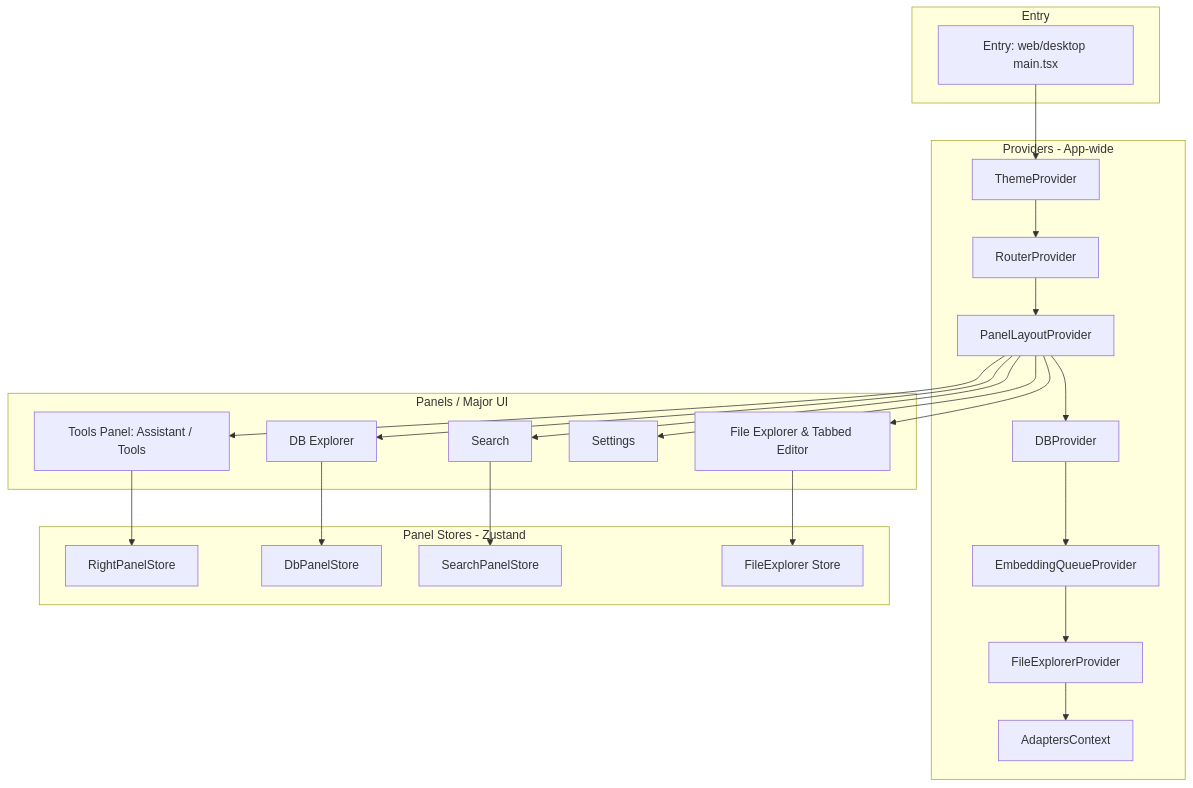
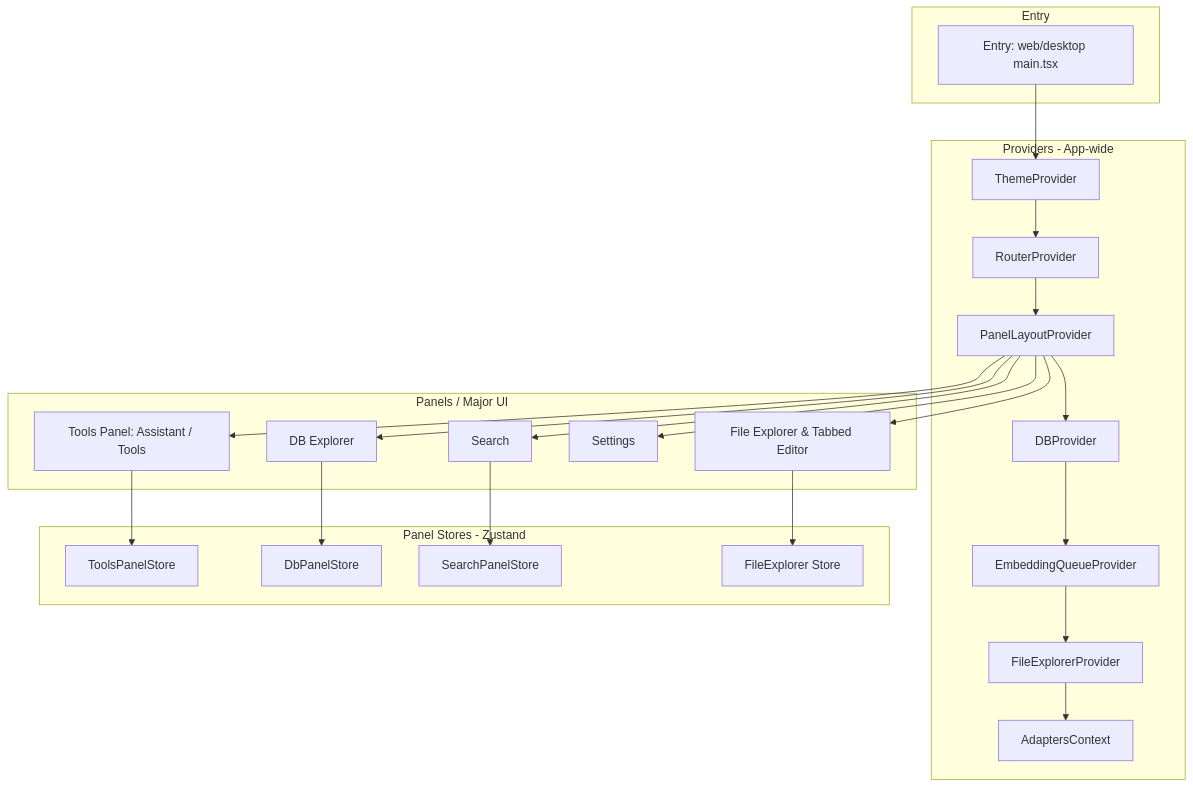
Before and after one commit to seandearnaley/brainstrike: the second of 4 diagrams in docs/brainstrike-frontend-architecture.md, drawn with Mermaid. The commit also changed other lines of this file and 20 other files, not shown here.

Commit message:
BST-25: rename tools panel store

````diff
--- a/docs/brainstrike-frontend-architecture.md
+++ b/docs/brainstrike-frontend-architecture.md
@@ -56,38 +56,38 @@
 ```mermaid
 flowchart TD
   subgraph Entry
     A["Entry: web/desktop main.tsx"]
   end
 
   subgraph Providers["Providers - App-wide"]
     T["ThemeProvider"]
     R["RouterProvider"]
     P["PanelLayoutProvider"]
     DB["DBProvider"]
     VQ["EmbeddingQueueProvider"]
     FE["FileExplorerProvider"]
     AD["AdaptersContext"]
   end
 
   subgraph PanelStores["Panel Stores - Zustand"]
-    RS["RightPanelStore"]
+    RS["ToolsPanelStore"]
     DS["DbPanelStore"]
     SS["SearchPanelStore"]
     FES["FileExplorer Store"]
   end
 
   subgraph Panels["Panels / Major UI"]
     RP["Tools Panel: Assistant / Tools"]
     DBX["DB Explorer"]
     FX["File Explorer & Tabbed Editor"]
     ST["Settings"]
     SR["Search"]
   end
 
   A --> T --> R --> P --> DB --> VQ --> FE --> AD
   P --> RP & DBX & FX & ST & SR
   RP --> RS
   DBX --> DS
   SR --> SS
   FX --> FES
 ```
````
